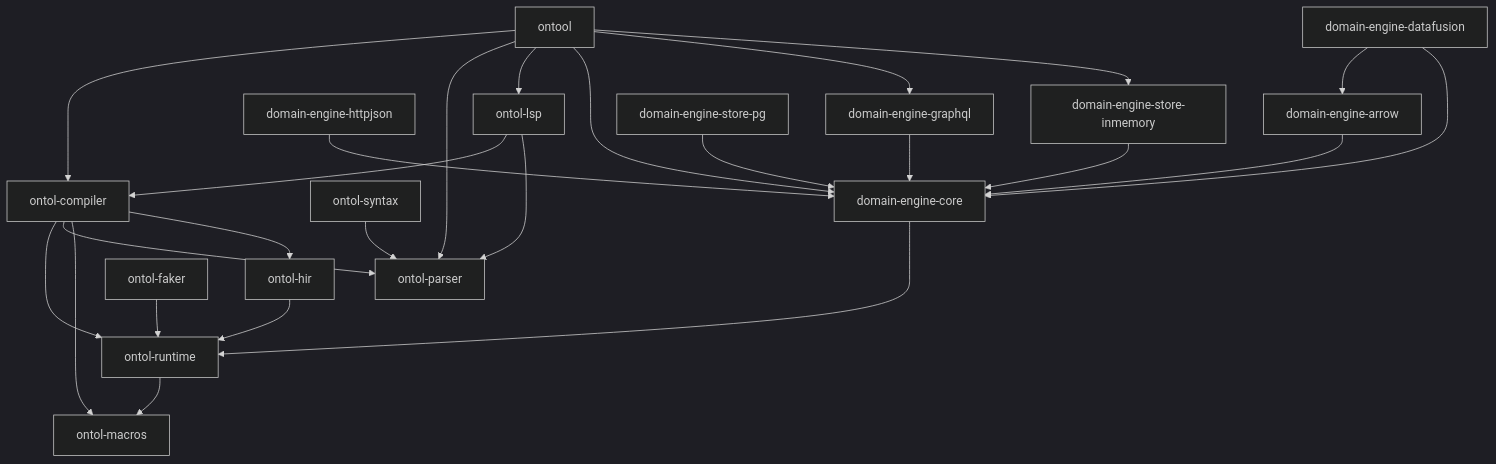
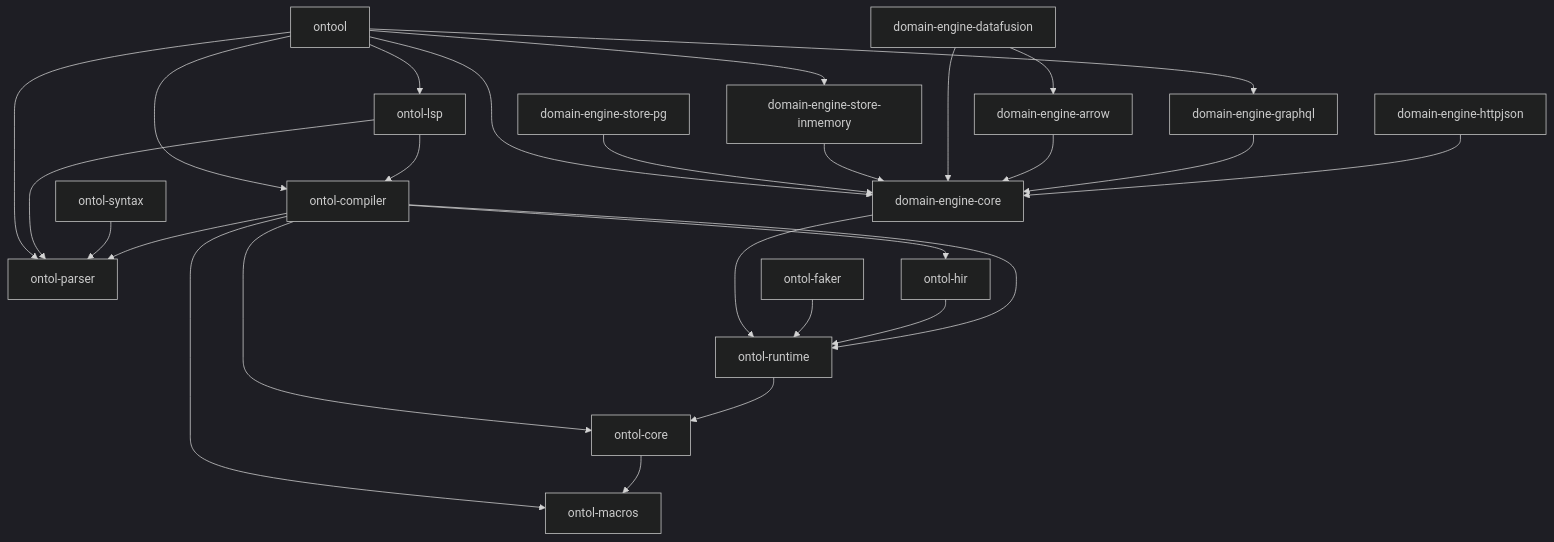
Before and after one commit to protojour/domain-engine: the diagram in README.md, drawn with Mermaid (dark theme). The commit also changed 25 other files, not shown here.

Commit message:
refactor: Move core types from ontol-runtime to ontol-core

````diff
--- a/README.md
+++ b/README.md
@@ -36,36 +36,38 @@
 ```mermaid
 graph TD
-   ontol-runtime-->ontol-macros
+   ontol-core-->ontol-macros
+   ontol-runtime-->ontol-core
 
+   ontol-compiler-->ontol-core
    ontol-compiler-->ontol-runtime
    ontol-compiler-->ontol-parser
    ontol-compiler-->ontol-macros
    ontol-compiler-->ontol-hir
 
    ontol-hir-->ontol-runtime
 
    ontol-syntax-->ontol-parser
 
    ontol-lsp-->ontol-compiler
    ontol-lsp-->ontol-parser
 
    ontol-faker-->ontol-runtime
 
    domain-engine-core-->ontol-runtime
 
    domain-engine-httpjson-->domain-engine-core
    domain-engine-graphql-->domain-engine-core
    domain-engine-arrow-->domain-engine-core
    domain-engine-datafusion-->domain-engine-arrow
    domain-engine-datafusion-->domain-engine-core
 
    domain-engine-store-inmemory-->domain-engine-core
    domain-engine-store-pg-->domain-engine-core
 
    ontool-->ontol-compiler
    ontool-->ontol-parser
    ontool-->ontol-lsp
    ontool-->domain-engine-core
    ontool-->domain-engine-graphql
    ontool-->domain-engine-store-inmemory
 ```
````
